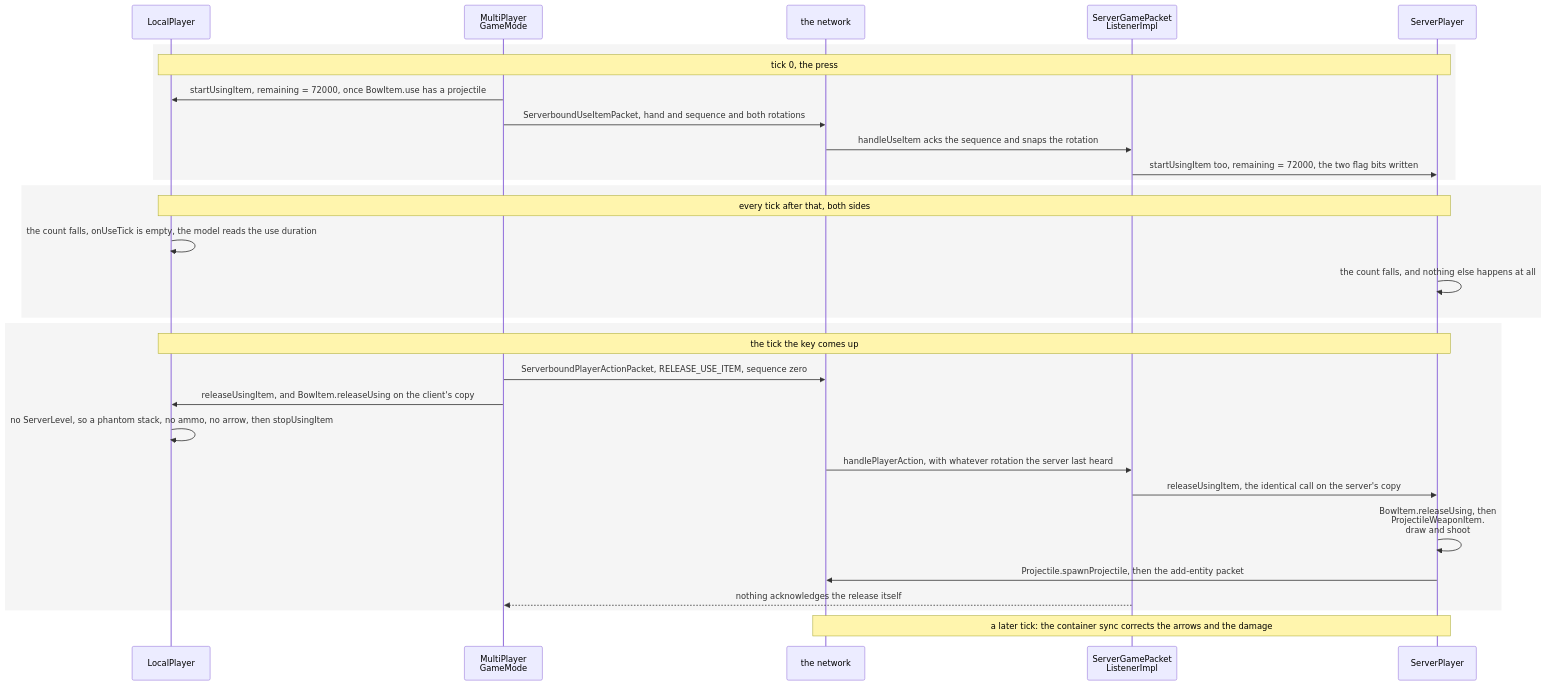
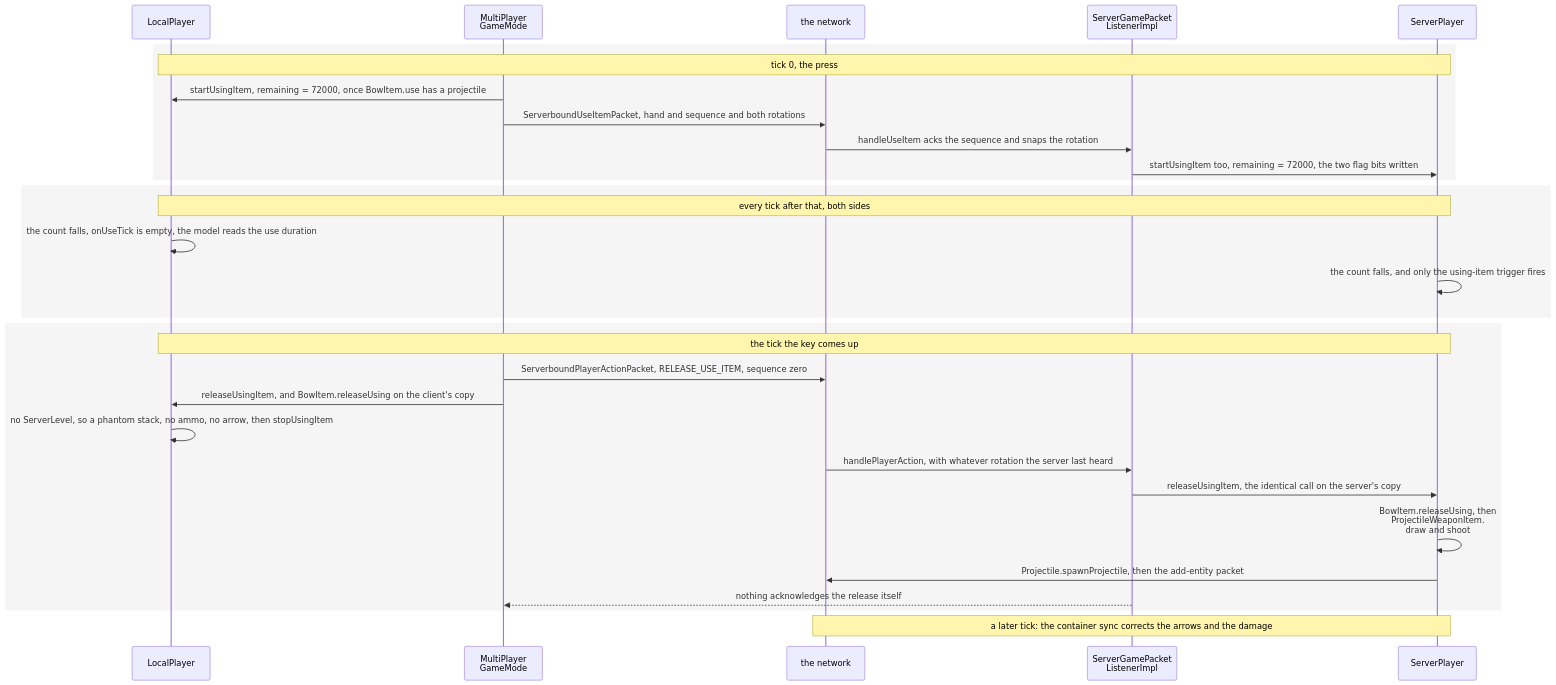
One commit to AlexanderjFraser/MinecraftDocs changed the fourth of 4 diagrams in src/systems/items/using-an-item.md. Above: the diagram before and after it, drawn with Mermaid. The commit also changed other lines of this file and 17 other files, not shown here.

````diff
--- a/src/systems/items/using-an-item.md
+++ b/src/systems/items/using-an-item.md
@@ -363,33 +363,33 @@
 ```mermaid
 sequenceDiagram
     participant LP as LocalPlayer
     participant MPGM as MultiPlayer<br/>GameMode
     participant Wire as the network
     participant SGPL as ServerGamePacket<br/>ListenerImpl
     participant SP as ServerPlayer
 
     rect rgba(0, 0, 0, 0.04)
         Note over LP,SP: tick 0, the press
         MPGM->>LP: startUsingItem, remaining = 72000, once BowItem.use has a projectile
         MPGM->>Wire: ServerboundUseItemPacket, hand and sequence and both rotations
         Wire->>SGPL: handleUseItem acks the sequence and snaps the rotation
         SGPL->>SP: startUsingItem too, remaining = 72000, the two flag bits written
     end
     rect rgba(0, 0, 0, 0.04)
         Note over LP,SP: every tick after that, both sides
         LP->>LP: the count falls, onUseTick is empty, the model reads the use duration
-        SP->>SP: the count falls, and nothing else happens at all
+        SP->>SP: the count falls, and only the using-item trigger fires
     end
     rect rgba(0, 0, 0, 0.04)
         Note over LP,SP: the tick the key comes up
         MPGM->>Wire: ServerboundPlayerActionPacket, RELEASE_USE_ITEM, sequence zero
         MPGM->>LP: releaseUsingItem, and BowItem.releaseUsing on the client's copy
         LP->>LP: no ServerLevel, so a phantom stack, no ammo, no arrow, then stopUsingItem
         Wire->>SGPL: handlePlayerAction, with whatever rotation the server last heard
         SGPL->>SP: releaseUsingItem, the identical call on the server's copy
         SP->>SP: BowItem.releaseUsing, then<br/>ProjectileWeaponItem.<br/>draw and shoot
         SP->>Wire: Projectile.spawnProjectile, then the add-entity packet
         SGPL-->>MPGM: nothing acknowledges the release itself
     end
     Note over Wire,SP: a later tick: the container sync corrects the arrows and the damage
 ```
````
